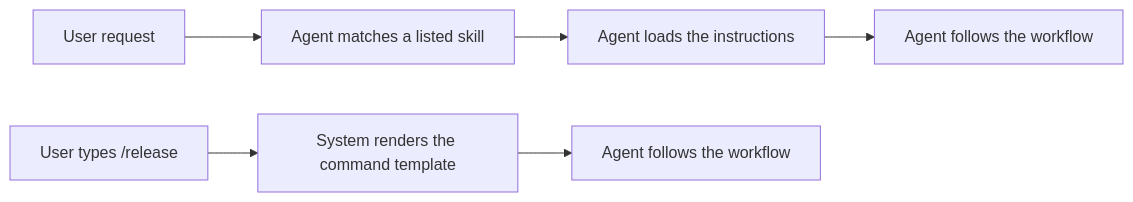
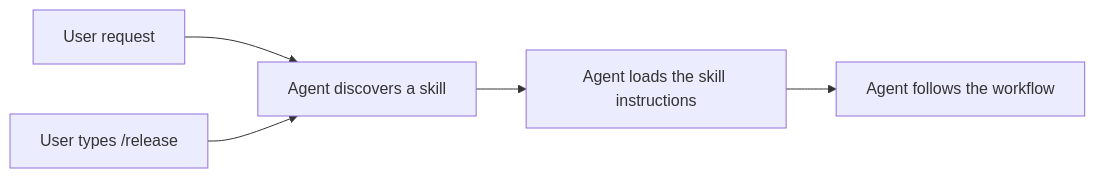
One commit to DataTalksClub/ai-dev-tools-zoomcamp changed the first of 2 diagrams in articles/05-code-agents-building-blocks.md. Above: the diagram before and after it, drawn with Mermaid. The commit also changed other lines of this file, not shown here.

````diff
--- a/articles/05-code-agents-building-blocks.md
+++ b/articles/05-code-agents-building-blocks.md
@@ -58,8 +101,7 @@
 ```mermaid
 graph LR
-    U1["User request"] --> A["Agent matches a listed skill"]
-    A --> L["Agent loads the instructions"]
-    L --> E1["Agent follows the workflow"]
-    U2["User types /release"] --> R["System renders the command template"]
-    R --> E2["Agent follows the workflow"]
+    U1["User request"] --> A["Agent discovers a skill"]
+    U2["User types /release"] --> A
+    A --> L["Agent loads the skill instructions"]
+    L --> E["Agent follows the workflow"]
 ```
````
